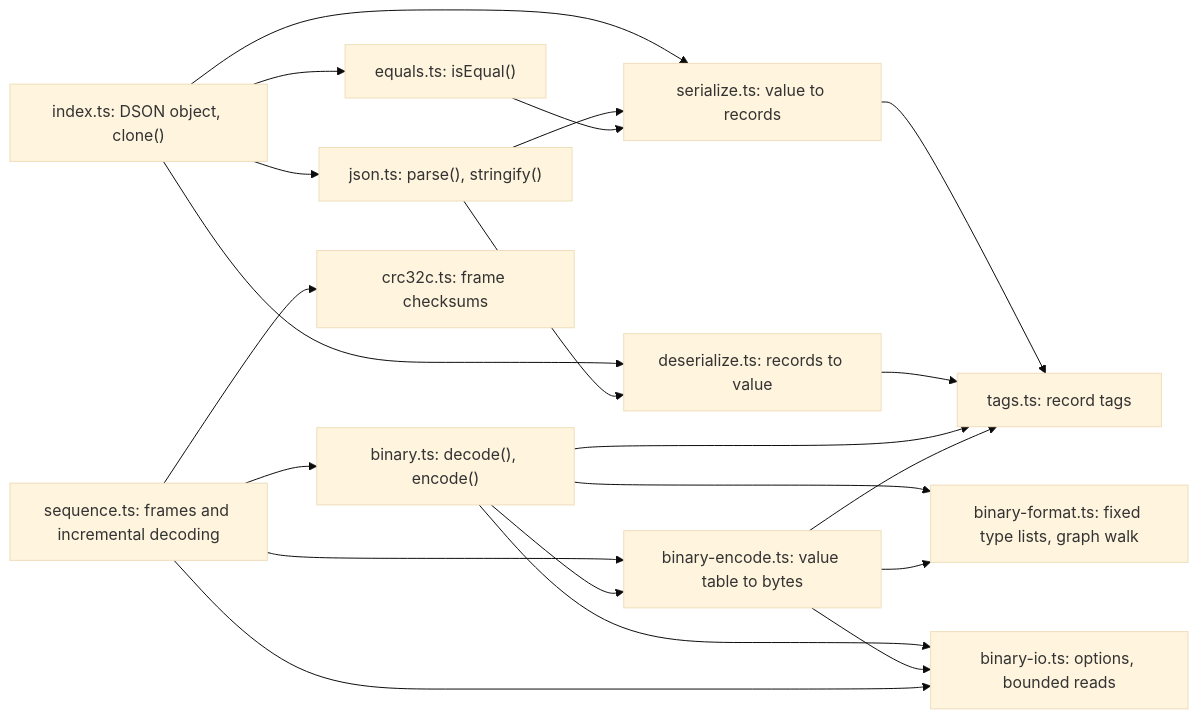
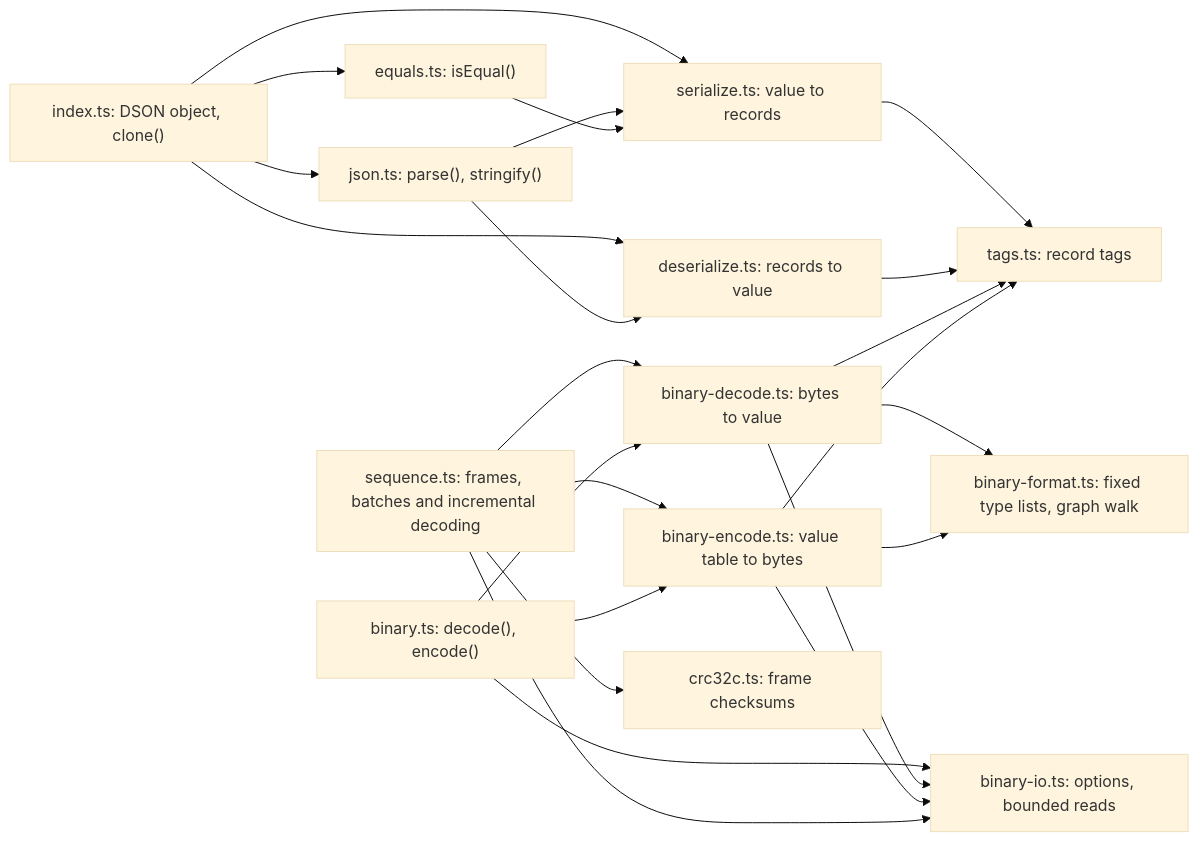
The diagram in ARCH.md (kyr0/defuss-dson), drawn with Mermaid (base theme) before and after one commit. The commit also changed other lines of this file and 19 other files, not shown here.

````diff
--- a/ARCH.md
+++ b/ARCH.md
@@ -7,23 +7,25 @@
 ```mermaid
 flowchart LR
   index["index.ts: DSON object, clone()"] --> json["json.ts: parse(), stringify()"]
   index --> equals["equals.ts: isEqual()"]
   index --> serialize
   index --> deserialize
   json --> serialize["serialize.ts: value to records"]
   json --> deserialize["deserialize.ts: records to value"]
   equals --> serialize
   serialize --> tags["tags.ts: record tags"]
   deserialize --> tags
-  sequence["sequence.ts: frames and incremental decoding"] --> binary["binary.ts: decode(), encode()"]
+  sequence["sequence.ts: frames, batches and incremental decoding"] --> decoder["binary-decode.ts: bytes to value"]
   sequence --> encoder["binary-encode.ts: value table to bytes"]
-  binary --> encoder
-  binary --> format["binary-format.ts: fixed type lists, graph walk"]
+  binary["binary.ts: decode(), encode()"] --> encoder
+  binary --> decoder
+  decoder --> format["binary-format.ts: fixed type lists, graph walk"]
   encoder --> format
   binary --> bytes["binary-io.ts: options, bounded reads"]
+  decoder --> bytes
   encoder --> bytes
   sequence --> bytes
   sequence --> crc["crc32c.ts: frame checksums"]
-  binary --> tags
+  decoder --> tags
   encoder --> tags
 ```
````
